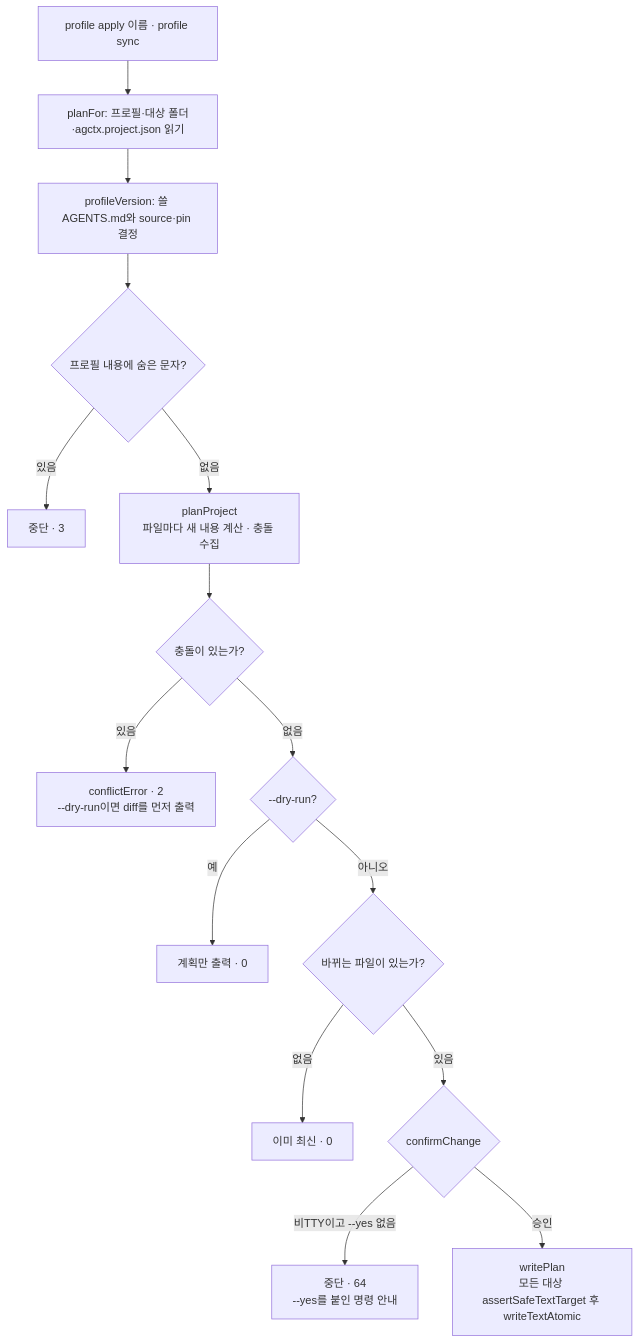
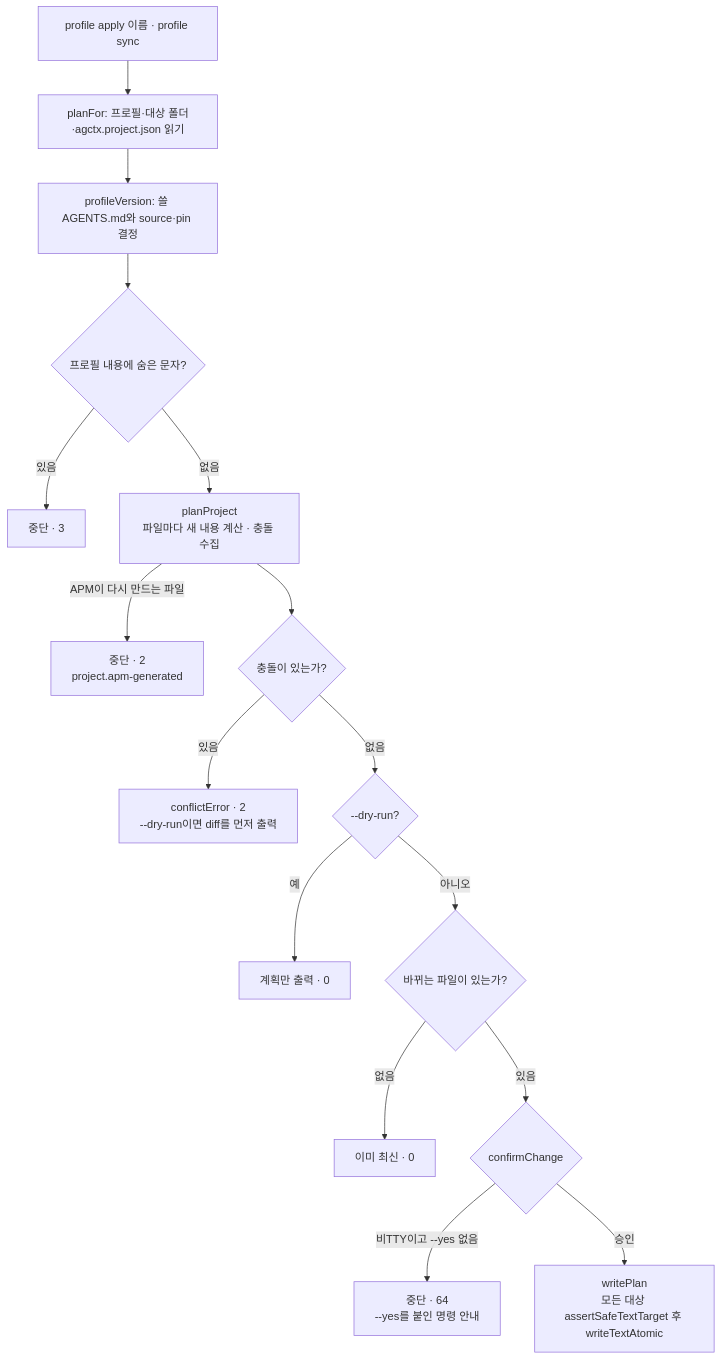
One commit to IsthisLee/agent-context-manager changed the fourth of 16 diagrams in docs/architecture/implementation-mechanics.md. Above: the diagram before and after it, drawn with Mermaid. The commit also changed other lines of this file and 26 other files, not shown here.

````diff
--- a/docs/architecture/implementation-mechanics.md
+++ b/docs/architecture/implementation-mechanics.md
@@ -228,17 +232,18 @@
 ```mermaid
 flowchart TD
   A["profile apply 이름 · profile sync"] --> B["planFor: 프로필·대상 폴더·agctx.project.json 읽기"]
   B --> V["profileVersion: 쓸 AGENTS.md와 source·pin 결정"]
   V --> HC{"프로필 내용에 숨은 문자?"}
   HC -->|"있음"| E3["중단 · 3"]
   HC -->|"없음"| P["planProject<br/>파일마다 새 내용 계산 · 충돌 수집"]
+  P -->|"APM이 다시 만드는 파일"| EAPM["중단 · 2<br/>project.apm-generated"]
   P --> D{"충돌이 있는가?"}
   D -->|"있음"| E2["conflictError · 2<br/>--dry-run이면 diff를 먼저 출력"]
   D -->|"없음"| G{"--dry-run?"}
   G -->|"예"| PLAN["계획만 출력 · 0"]
   G -->|"아니오"| NC{"바뀌는 파일이 있는가?"}
   NC -->|"없음"| UTD["이미 최신 · 0"]
   NC -->|"있음"| CF{"confirmChange"}
   CF -->|"비TTY이고 --yes 없음"| E64["중단 · 64<br/>--yes를 붙인 명령 안내"]
   CF -->|"승인"| W["writePlan<br/>모든 대상 assertSafeTextTarget 후 writeTextAtomic"]
 ```
````
